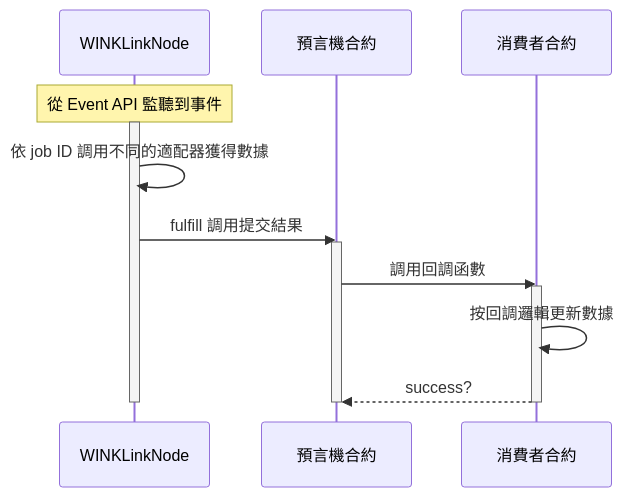
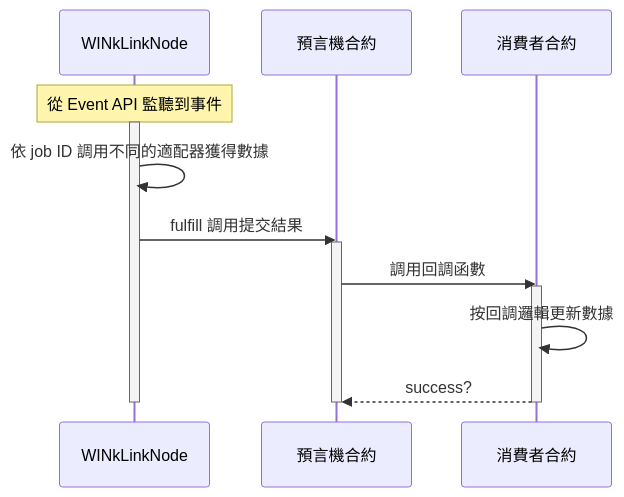
The third of 3 diagrams in docs/hk/README.md (wink-link/winklink-doc), drawn with Mermaid before and after one commit. The commit also changed 4 other files, not shown here.

````diff
--- a/docs/hk/README.md
+++ b/docs/hk/README.md
@@ -71,16 +71,16 @@
 ```mermaid
 sequenceDiagram
-    Note over WINKLinkNode: 從 Event API 監聽到事件
-    activate WINKLinkNode
-    WINKLinkNode->>WINKLinkNode: 依 job ID 調用不同的適配器獲得數據
-    WINKLinkNode->>預言機合約: fulfill 調用提交結果
+    Note over WINkLinkNode: 從 Event API 監聽到事件
+    activate WINkLinkNode
+    WINkLinkNode->>WINkLinkNode: 依 job ID 調用不同的適配器獲得數據
+    WINkLinkNode->>預言機合約: fulfill 調用提交結果
     activate 預言機合約
     預言機合約->>消費者合約: 調用回調函數
     activate 消費者合約
     消費者合約->>消費者合約: 按回調邏輯更新數據
     消費者合約-->>預言機合約: success?
     deactivate 消費者合約
     deactivate 預言機合約
-    deactivate WINKLinkNode
+    deactivate WINkLinkNode
 
 ```
````
